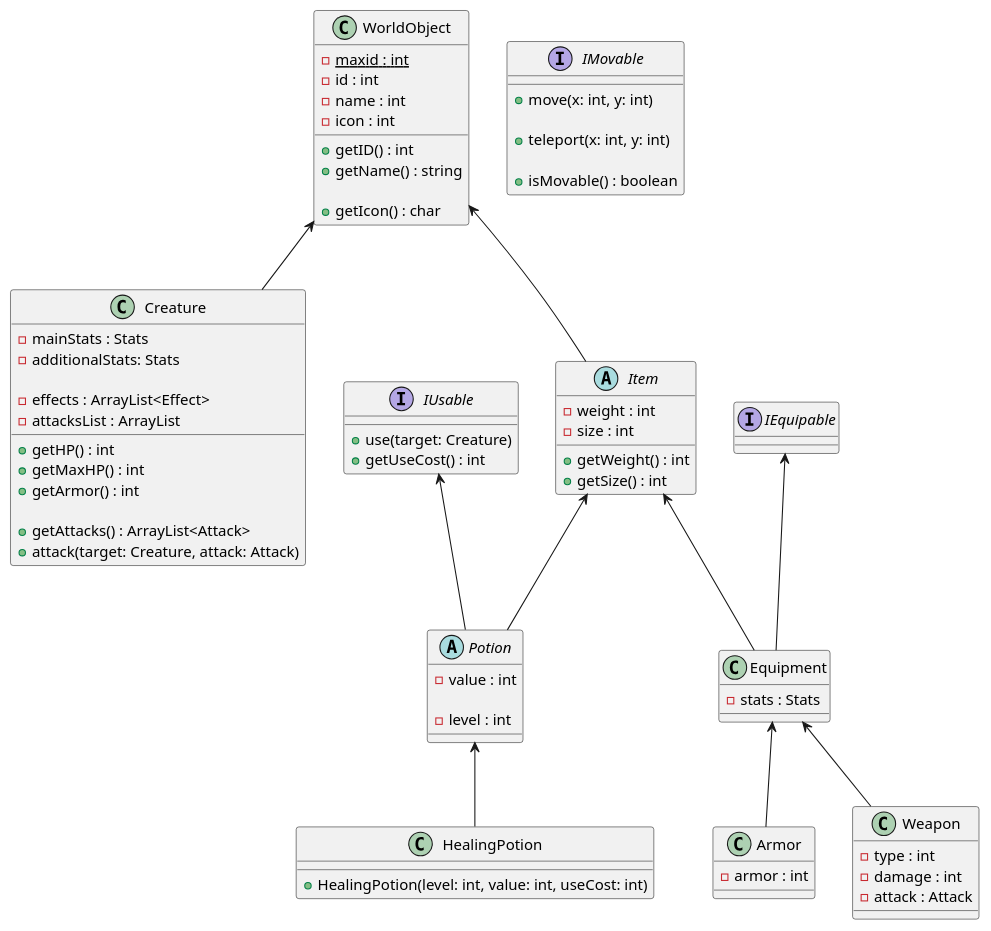
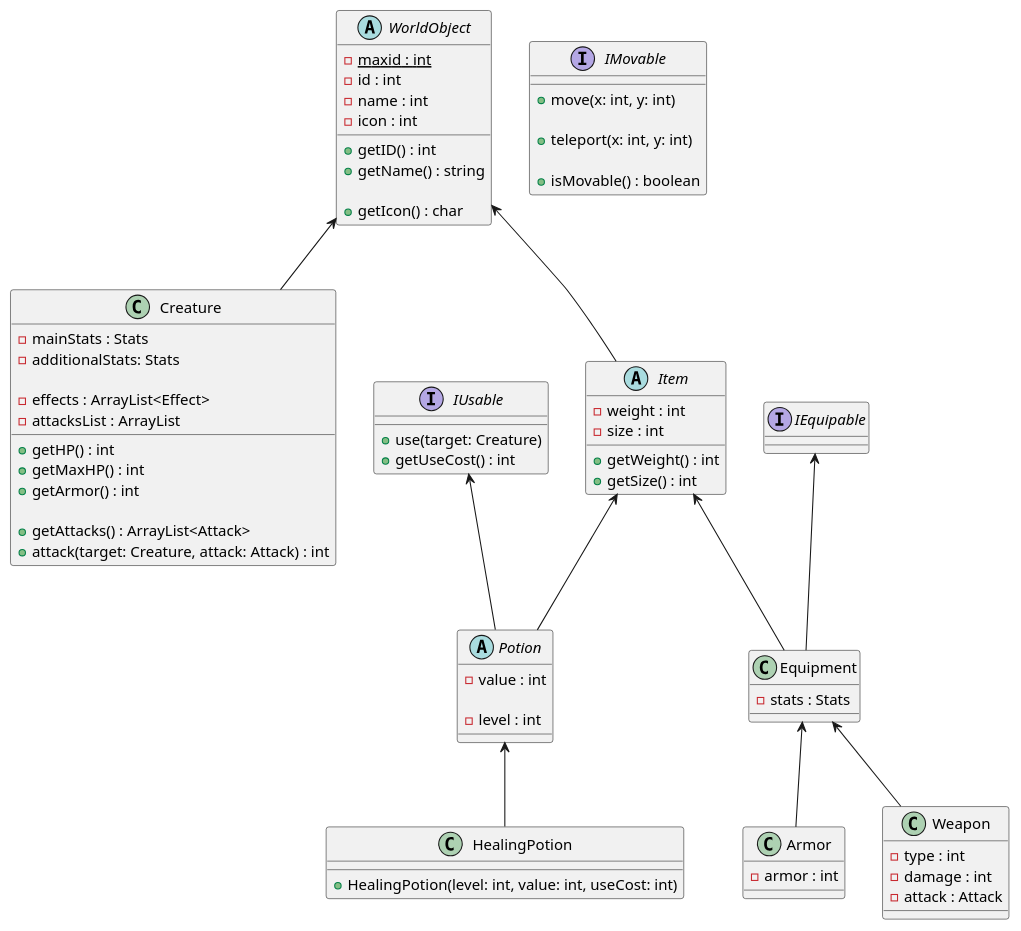
One commit to h2kb/jRPG changed the diagram in UML_WorldObjects.puml. Above: the diagram before and after it, drawn with PlantUML. The commit also changed 4 other files, not shown here.

Commit message:
Описал UML для второстепенных классов Пофиксил некоторые недочёты в основной UML Реализовал некоторые базовые классы

```diff
--- a/UML_WorldObjects.puml
+++ b/UML_WorldObjects.puml
@@ -1,107 +1,107 @@
 @startuml
 
 WorldObject <-- Creature
 WorldObject <-- Item
 
 Item <-- Potion
 Item <-- Equipment
 
 IUsable <-- Potion
 
 Potion <-- HealingPotion
 
 IEquipable <-- Equipment
 Equipment <-- Armor
 Equipment <-- Weapon
 
-class WorldObject {
+abstract class WorldObject {
     - {static} maxid : int
     - id : int
     - name : int
     - icon : int
 
     + getID() : int
     + getName() : string
 
     'Отображаемая иконка объекта на карте'
     + getIcon() : char
 }
 
 class Creature {
     'Это удобнее, так как для доспехов и прочего можно прибавочные статы также хранить в классе Stats'
     'и при надевании/использовании предмета просто прибавлять одно к другому'
     - mainStats : Stats
     - additionalStats: Stats
 
     'Текущие баффы/дебаффы на существе'
     - effects : ArrayList<Effect>
     - attacksList : ArrayList
 
     + getHP() : int
     + getMaxHP() : int
     + getArmor() : int
 
     'Возможные виды атак существа'
     + getAttacks() : ArrayList<Attack>
-    + attack(target: Creature, attack: Attack)
+    + attack(target: Creature, attack: Attack) : int
 }
 
 abstract class Item {
     - weight : int
     - size : int
 
     + getWeight() : int
     + getSize() : int
 }
 
 interface IUsable {
     'Использовать предметы можно не только на себя, но и на других, если позволяет радиус'
     + use(target: Creature)
     + getUseCost() : int
 }
 
 interface IMovable {
     'Переместить на определённое количество клеток по x и y'
     + move(x: int, y: int)
 
     'Переместить в определённую клетку'
     + teleport(x: int, y: int)
 
     'Может ли объект передвигаться в данный момент'
     + isMovable() : boolean
 }
 
 interface IEquipable {
 }
 
 abstract class Potion {
     'Базовая сила действия зелья'
     - value : int
 
     'Уровень зелья'
     - level : int
 }
 
 class HealingPotion {
     + HealingPotion(level: int, value: int, useCost: int)
 }
 
 class Equipment {
     'статы, которые даёт элемент снаряжения'
     - stats : Stats
 }
 
 class Armor {
     - armor : int
 }
 
 class Weapon {
     - type : int
     - damage : int
     - attack : Attack
 }
 '''
 
 'Нужен ли отдельный интерфейс для поднимаемых объектов?'
 
 @enduml
```
